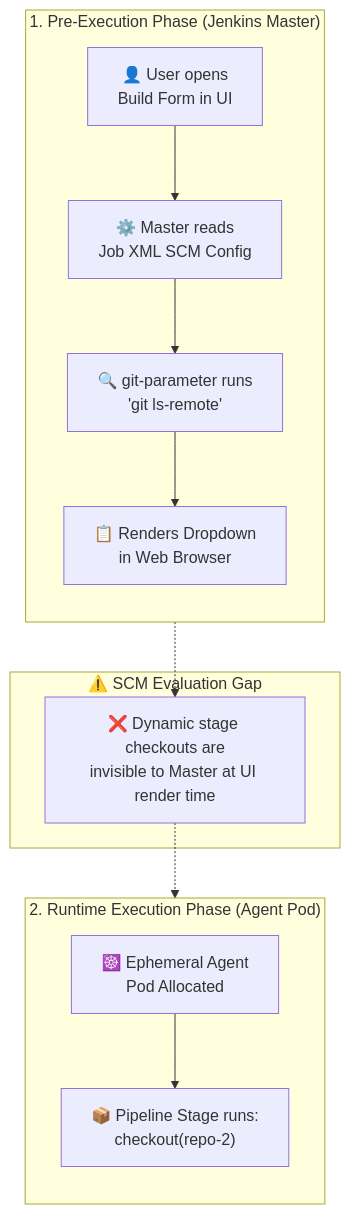
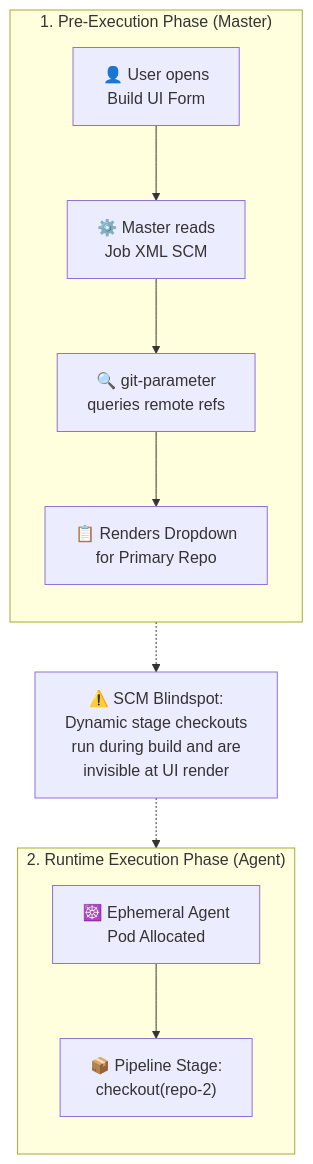
The second of 10 diagrams in README.md (nubenetes/jenkins-git-parameter), drawn with Mermaid before and after one commit.

Commit message:
fix(docs): reformat Core Problem diagram with balanced line wrapping and standalone gap callout

````diff
--- a/README.md
+++ b/README.md
@@ -171,27 +171,25 @@
 ```mermaid
 flowchart TB
-    subgraph UI_Phase["1. Pre-Execution Phase (Jenkins Master)"]
+    subgraph UI_Phase["1. Pre-Execution Phase (Master)"]
         direction TB
-        User["👤 User opens<br/>Build Form in UI"]
-        Master["⚙️ Master reads<br/>Job XML SCM Config"]
-        GitParam["🔍 git-parameter runs<br/>'git ls-remote'"]
-        Dropdown["📋 Renders Dropdown<br/>in Web Browser"]
+        User["👤 User opens<br/>Build UI Form"]
+        Master["⚙️ Master reads<br/>Job XML SCM"]
+        GitParam["🔍 git-parameter<br/>queries remote refs"]
+        Dropdown["📋 Renders Dropdown<br/>for Primary Repo"]
 
         User --> Master --> GitParam --> Dropdown
     end
 
-    subgraph BlindspotBox["⚠️ SCM Evaluation Gap"]
-        Gap["❌ Dynamic stage checkouts are<br/>invisible to Master at UI render time"]
-    end
-
-    subgraph Runtime_Phase["2. Runtime Execution Phase (Agent Pod)"]
+    subgraph Runtime_Phase["2. Runtime Execution Phase (Agent)"]
         direction TB
         AllocAgent["☸️ Ephemeral Agent<br/>Pod Allocated"]
-        RunStage["📦 Pipeline Stage runs:<br/>checkout(repo-2)"]
+        RunStage["📦 Pipeline Stage:<br/>checkout(repo-2)"]
 
         AllocAgent --> RunStage
     end
 
+    Gap["⚠️ SCM Blindspot:<br/>Dynamic stage checkouts<br/>run during build and are<br/>invisible at UI render"]
+
     Dropdown -.-> Gap
     Gap -.-> RunStage
 ```
````
